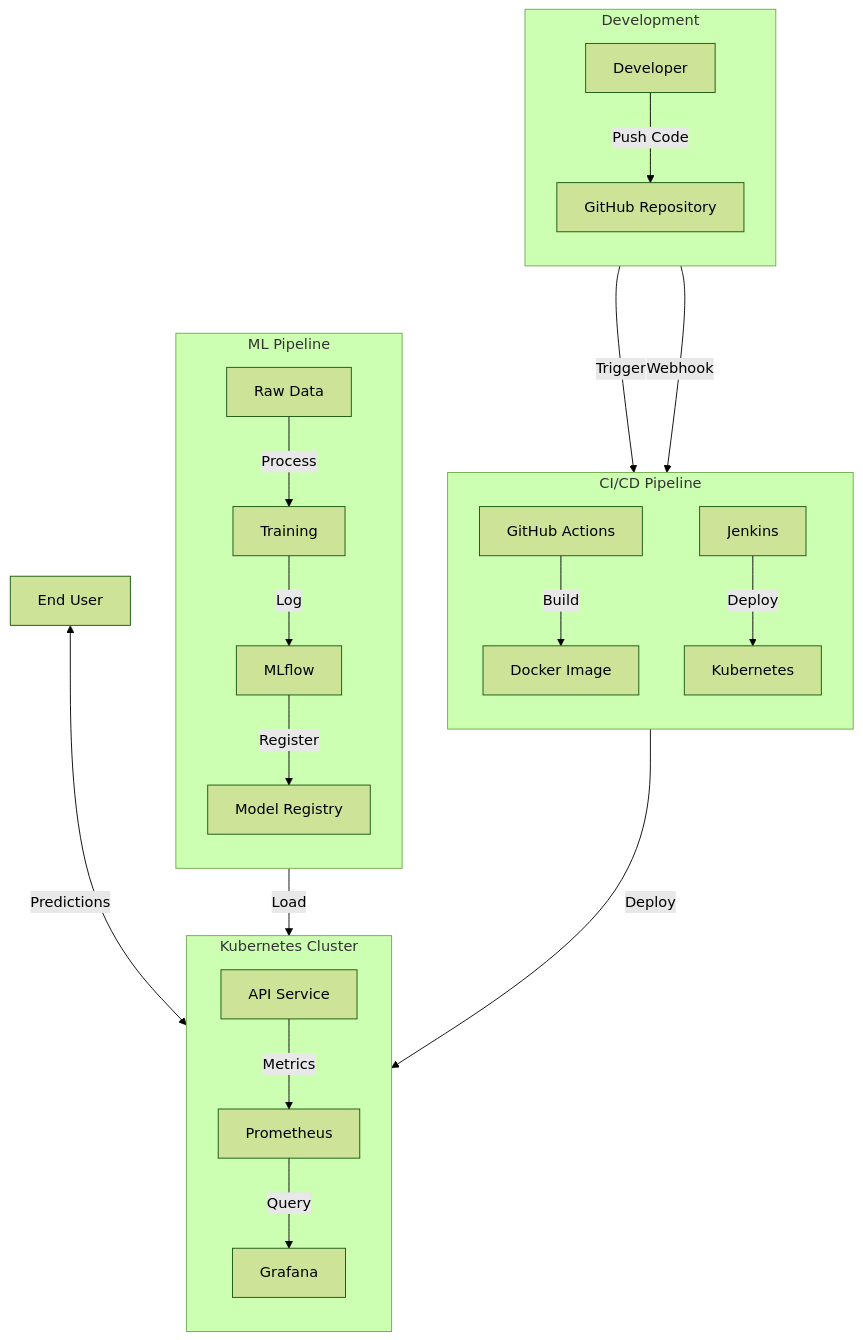
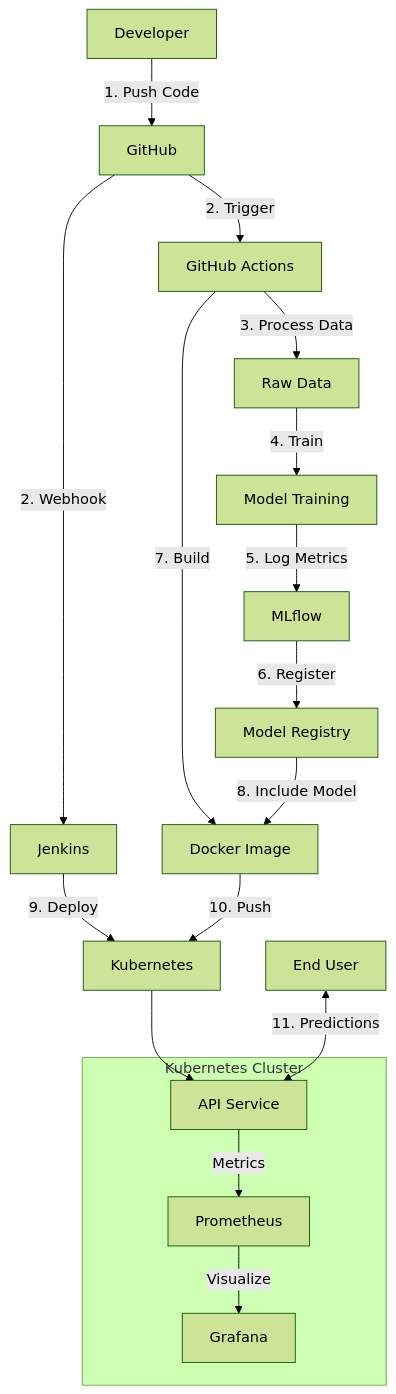
One commit to 2024aa05820/heart-disease-mlops changed the first of 9 diagrams in README.md. Above: the diagram before and after it, drawn with Mermaid (forest theme).

Commit message:
Enhance High-Level Architecture diagram - integrate ML Pipeline
- Redesign to show integrated flow instead of separate subgraphs
- Add numbered steps (1-11) showing complete workflow
- ML Pipeline now flows directly from CI/CD:
  1. Developer pushes code
  2. GitHub triggers CI/CD
  3-6. ML Pipeline (Data → Train → MLflow → Registry)
  7-8. Docker build includes model
  9-10. Jenkins deploys to K8s
  11. User makes predictions
- Kubernetes cluster shown as unified subgraph
- Better visual flow from left to right and top to bottom

````diff
--- a/README.md
+++ b/README.md
@@ -60,33 +60,35 @@
 ```mermaid
 flowchart TB
-    subgraph DEV["Development"]
-        direction TB
-        D1[Developer] -->|Push Code| D2[GitHub Repository]
+    %% Development
+    DEV[Developer] -->|1. Push Code| GH[GitHub]
+    
+    %% CI/CD triggers ML Pipeline
+    GH -->|2. Trigger| GA[GitHub Actions]
+    GH -->|2. Webhook| JEN[Jenkins]
+    
+    %% ML Pipeline integrated with CI/CD
+    GA -->|3. Process Data| DATA[Raw Data]
+    DATA -->|4. Train| TRAIN[Model Training]
+    TRAIN -->|5. Log Metrics| MLF[MLflow]
+    MLF -->|6. Register| REG[Model Registry]
+    
+    %% Build and Deploy
+    GA -->|7. Build| IMG[Docker Image]
+    REG -->|8. Include Model| IMG
+    JEN -->|9. Deploy| K8S[Kubernetes]
+    IMG -->|10. Push| K8S
+    
+    %% Kubernetes Services
+    subgraph CLUSTER["Kubernetes Cluster"]
+        API[API Service]
+        PROM[Prometheus]
+        GRAF[Grafana]
     end
     
-    subgraph CICD["CI/CD Pipeline"]
-        direction TB
-        C1[GitHub Actions] -->|Build| C2[Docker Image]
-        C3[Jenkins] -->|Deploy| C4[Kubernetes]
-    end
+    K8S --> API
+    API -->|Metrics| PROM
+    PROM -->|Visualize| GRAF
     
-    subgraph ML["ML Pipeline"]
-        direction TB
-        M1[Raw Data] -->|Process| M2[Training]
-        M2 -->|Log| M3[MLflow]
-        M3 -->|Register| M4[Model Registry]
-    end
-    
-    subgraph K8S["Kubernetes Cluster"]
-        direction TB
-        K1[API Service] -->|Metrics| K2[Prometheus]
-        K2 -->|Query| K3[Grafana]
-    end
-    
-    D2 -->|Trigger| C1
-    D2 -->|Webhook| C3
-    M4 -->|Load| K1
-    C4 -->|Deploy| K1
-    
-    U[End User] <-->|Predictions| K1
+    %% End User
+    USER[End User] <-->|11. Predictions| API
 ```
````
